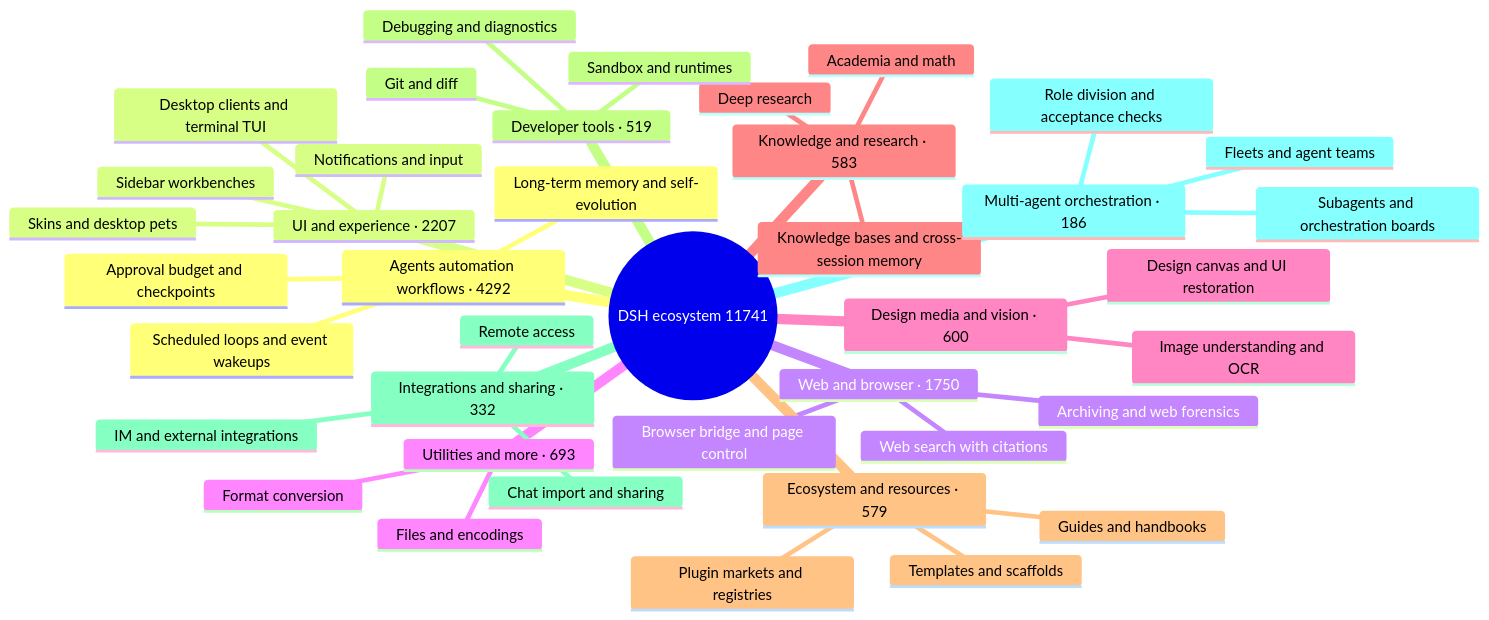
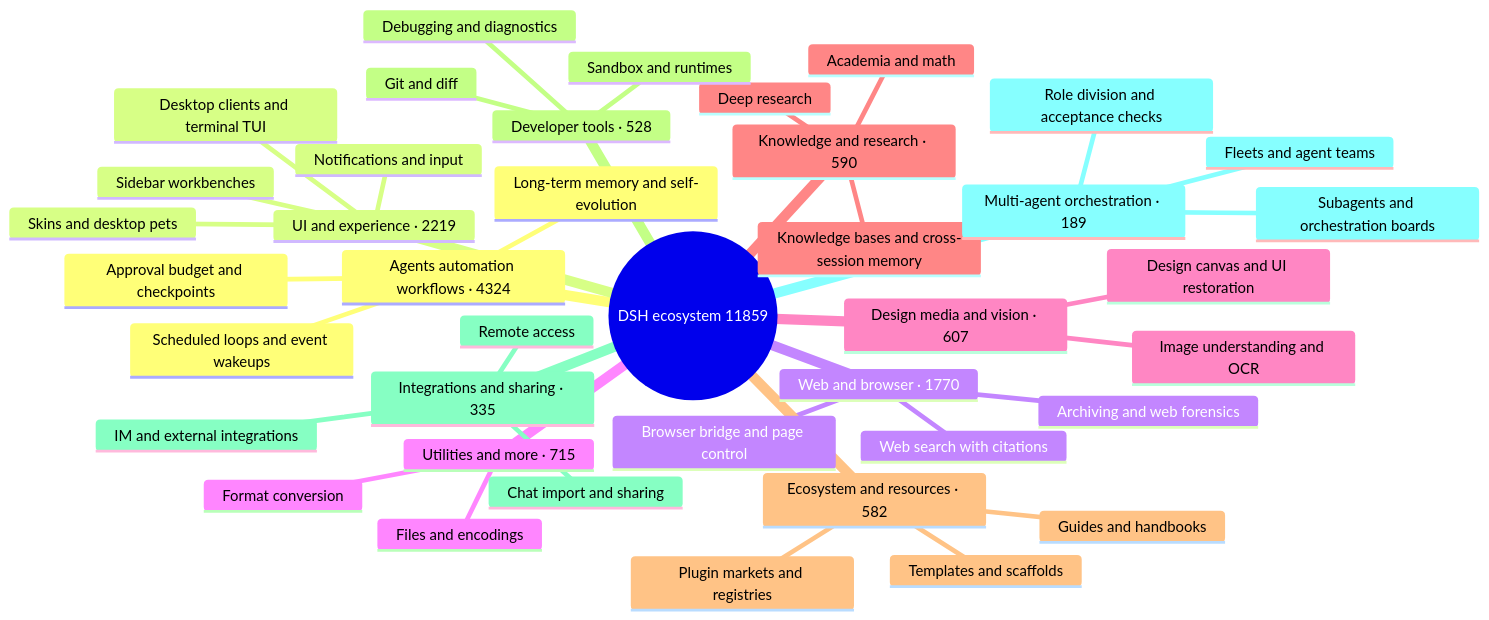
One commit to BOWLUNA/awesome-dsh-plugin changed the diagram in README_EN.md. Above: the diagram before and after it, drawn with Mermaid. The commit also changed other lines of this file and 20 other files, not shown here.

````diff
--- a/README_EN.md
+++ b/README_EN.md
@@ -33,43 +33,43 @@
 ```mermaid
 mindmap
-  root((DSH ecosystem 11741))
-    Agents automation workflows · 4292
+  root((DSH ecosystem 11859))
+    Agents automation workflows · 4324
       Scheduled loops and event wakeups
       Long-term memory and self-evolution
       Approval budget and checkpoints
-    UI and experience · 2207
+    UI and experience · 2219
       Desktop clients and terminal TUI
       Sidebar workbenches
       Skins and desktop pets
       Notifications and input
-    Web and browser · 1750
+    Web and browser · 1770
       Browser bridge and page control
       Web search with citations
       Archiving and web forensics
-    Utilities and more · 693
+    Utilities and more · 715
       Files and encodings
       Format conversion
-    Design media and vision · 600
+    Design media and vision · 607
       Image understanding and OCR
       Design canvas and UI restoration
-    Knowledge and research · 583
+    Knowledge and research · 590
       Knowledge bases and cross-session memory
       Deep research
       Academia and math
-    Ecosystem and resources · 579
+    Ecosystem and resources · 582
       Plugin markets and registries
       Templates and scaffolds
       Guides and handbooks
-    Developer tools · 519
+    Developer tools · 528
       Git and diff
       Sandbox and runtimes
       Debugging and diagnostics
-    Integrations and sharing · 332
+    Integrations and sharing · 335
       Chat import and sharing
       Remote access
       IM and external integrations
-    Multi-agent orchestration · 186
+    Multi-agent orchestration · 189
       Subagents and orchestration boards
       Fleets and agent teams
       Role division and acceptance checks
 ```
````
